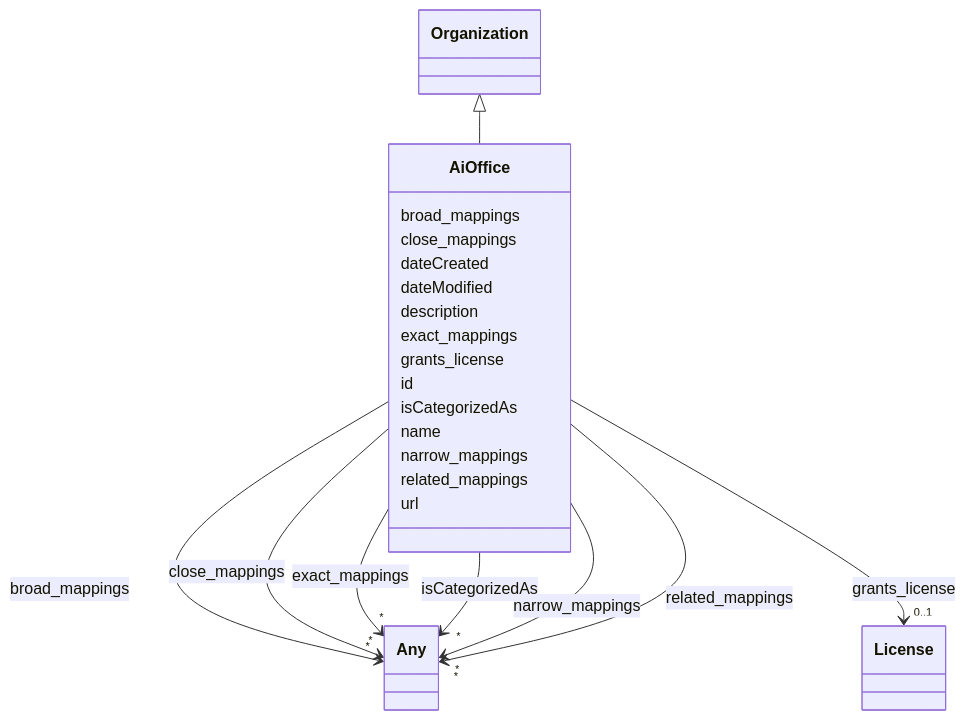
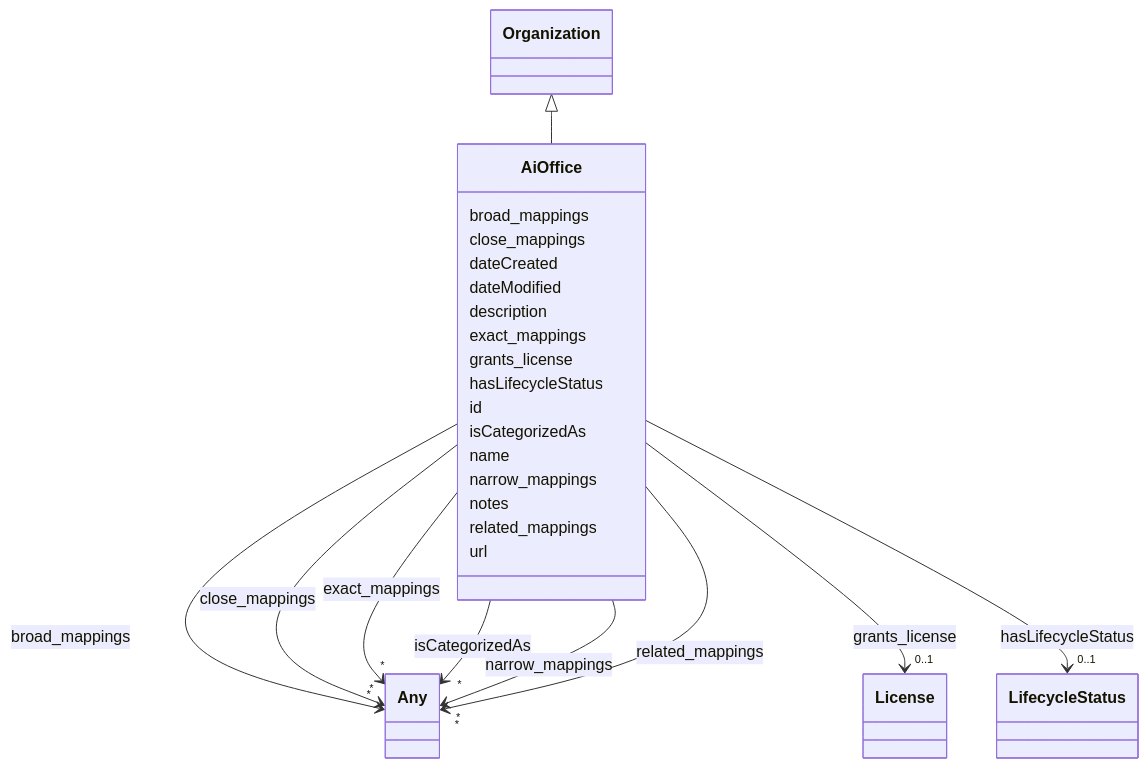
One commit to ingelise/risk-atlas-nexus changed the diagram in docs/ontology/AiOffice.md. Above: the diagram before and after it, drawn with Mermaid. The commit also changed other lines of this file and 190 other files, not shown here.

```diff
--- a/docs/ontology/AiOffice.md
+++ b/docs/ontology/AiOffice.md
@@ -68,6 +68,17 @@
 
 
 
+      AiOffice : hasLifecycleStatus
+
+
+
+
+
+        AiOffice --> "0..1" LifecycleStatus : hasLifecycleStatus
+        click LifecycleStatus href "../LifecycleStatus/"
+
+
+
       AiOffice : id
 
       AiOffice : isCategorizedAs
@@ -94,6 +105,8 @@
 
 
 
+      AiOffice : notes
+
       AiOffice : related_mappings
 
 
```
